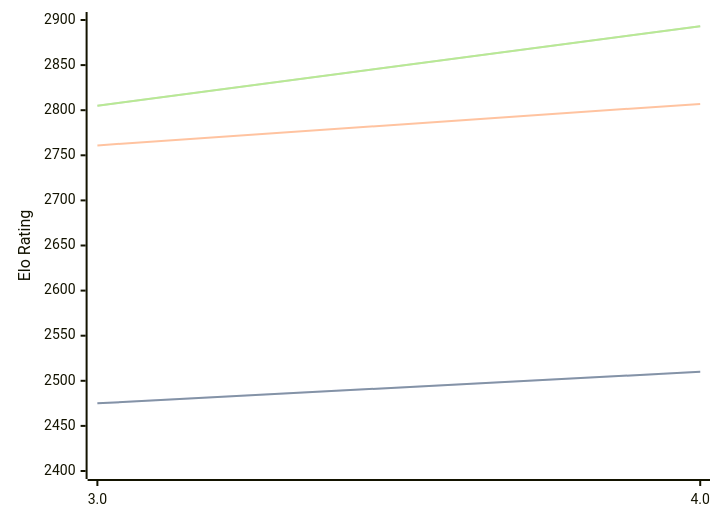
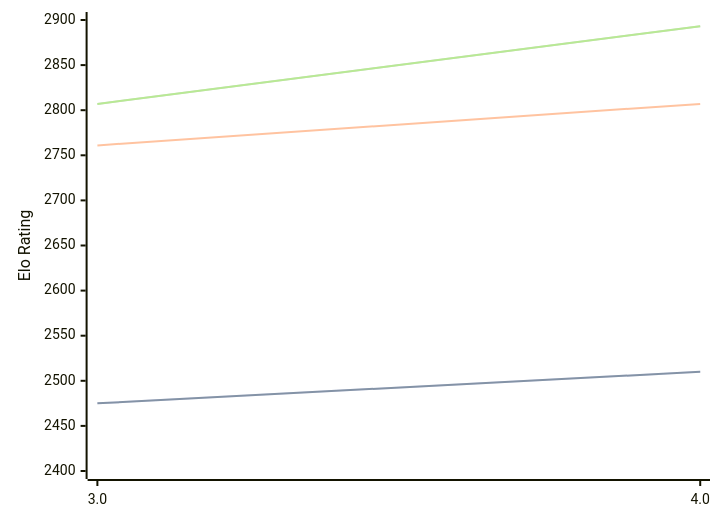
Before and after one commit to computer-chess-index/cci: the diagram in engines/Chess3.md, drawn with Mermaid. The commit also changed other lines of this file, not shown here.

Commit message:
Update CCI Ratings (ELO VLTC) - 2026-10-08

````diff
--- a/engines/Chess3.md
+++ b/engines/Chess3.md
@@ -32,11 +32,11 @@
 ```mermaid
 %%{init: {"theme":"base","themeVariables":{"seriesColors:['#a3a3a3','#222221','#faa371']}}}%%
 xychart-beta
   x-axis ["3.0", "4.0"]
   y-axis "Elo Rating" 2400 --> 2900
   line "" [2475, 2510]
   line "STC (8.0+0.08s)" [2475, 2510]
   line "LTC (60.0+0.60s)" [2761, 2807]
-  line "" [2805, 2893]
-  line "VLTC (2m24s+1.12s)" [2805, 2893]
+  line "" [2807, 2893]
+  line "VLTC (2m24s+1.12s)" [2807, 2893]
 ```
````
